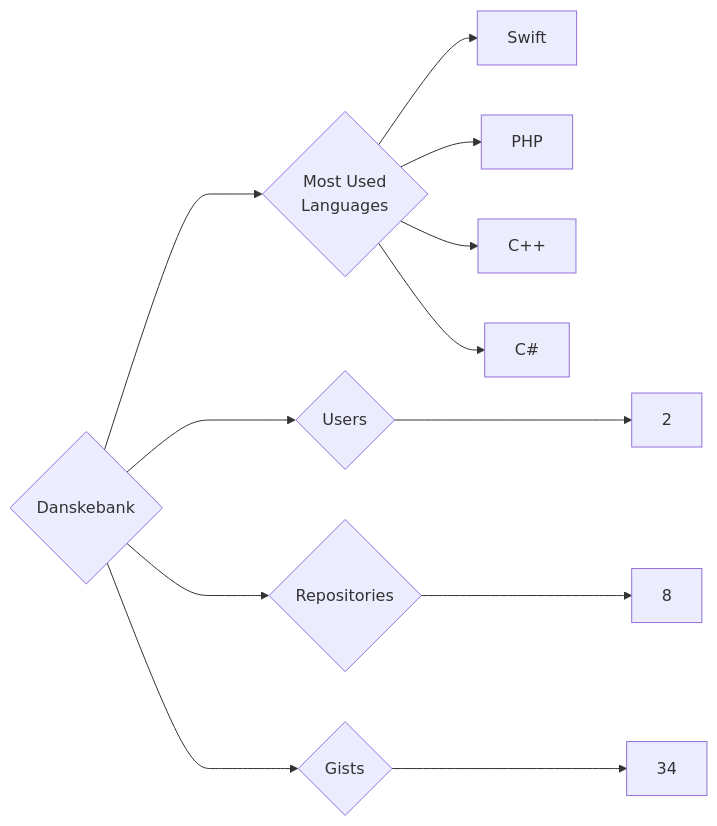
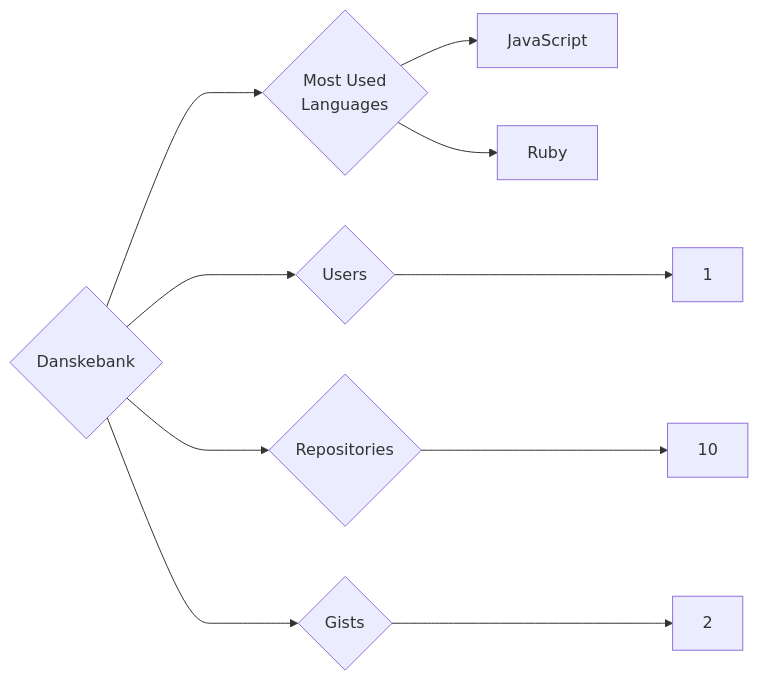
One commit to trickest/insiders changed the diagram in targets/Danskebank/README.md. Above: the diagram before and after it, drawn with Mermaid. The commit also changed 1088 other files, not shown here.

````diff
--- a/targets/Danskebank/README.md
+++ b/targets/Danskebank/README.md
@@ -3,12 +3,10 @@
 ```mermaid
 graph LR
 COMPANY_NAME{Danskebank}
-COMPANY_NAME ---> U{Users} ---> UN[2]
-COMPANY_NAME ---> R{Repositories} ---> RN[8]
-COMPANY_NAME ---> G{Gists} ---> GN[34]
+COMPANY_NAME ---> U{Users} ---> UN[1]
+COMPANY_NAME ---> R{Repositories} ---> RN[10]
+COMPANY_NAME ---> G{Gists} ---> GN[2]
 COMPANY_NAME ---> ML{Most Used<br>Languages}
-ML --> Swift[Swift]
-ML --> PHP[PHP]
-ML --> C++[C++]
-ML --> C#[C#]
+ML --> JavaScript[JavaScript]
+ML --> Ruby[Ruby]
 ```
````
